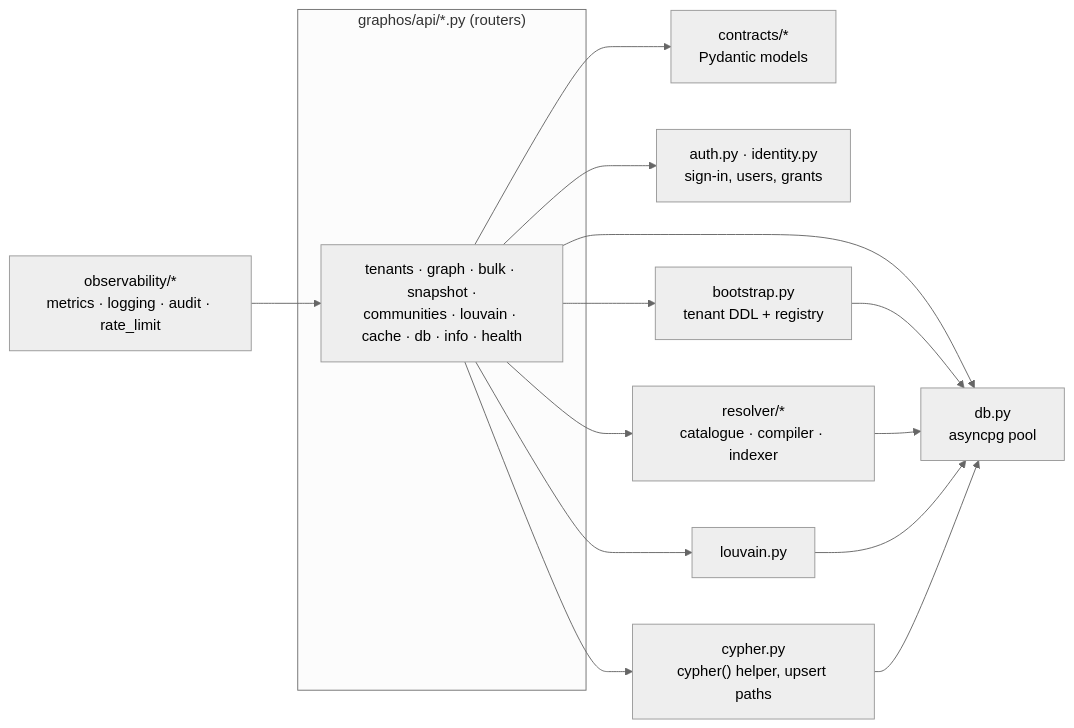
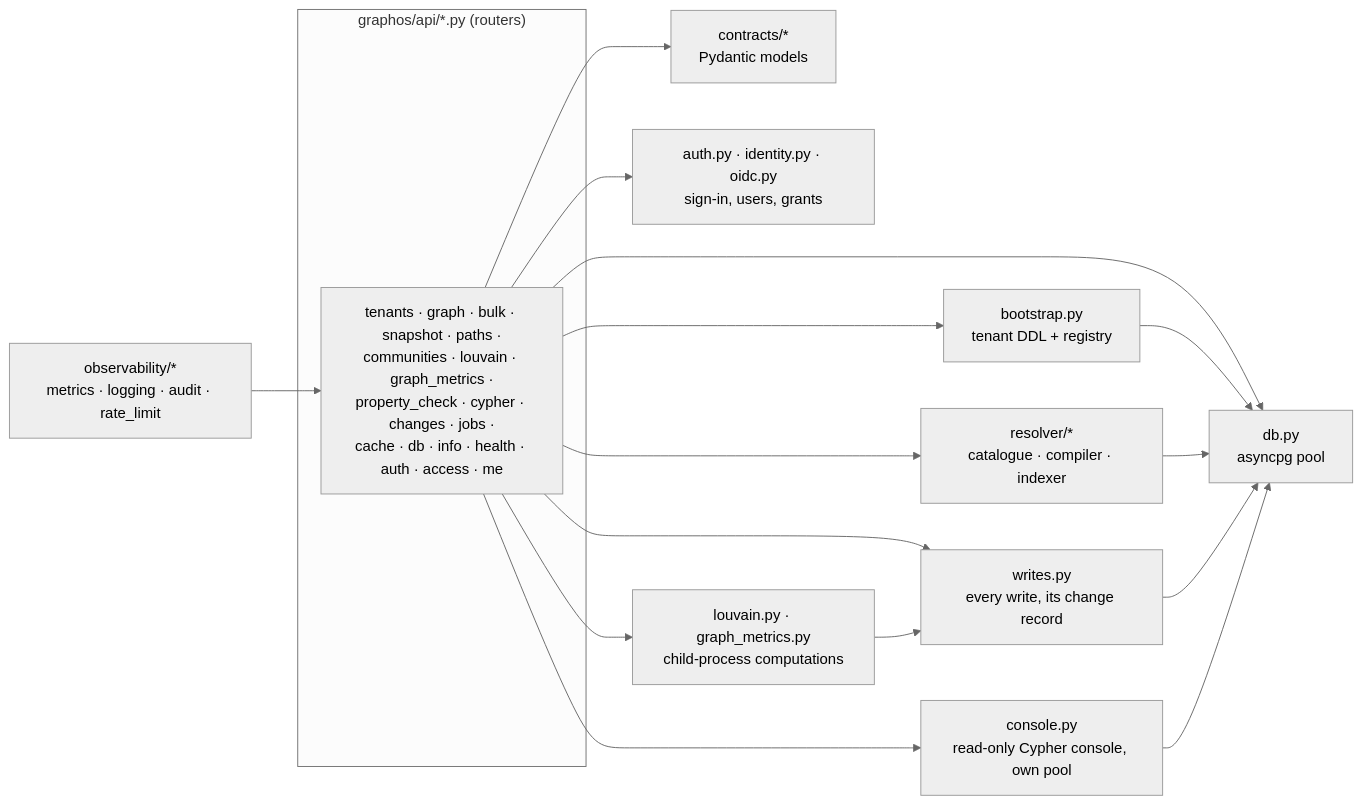
One commit to pomentum/graphos changed the second of 3 diagrams in docs/concept.md. Above: the diagram before and after it, drawn with Mermaid (neutral theme). The commit also changed other lines of this file and 16 other files, not shown here.

````diff
--- a/docs/concept.md
+++ b/docs/concept.md
@@ -897,27 +978,30 @@
 ```mermaid
 flowchart LR
     subgraph api["graphos/api/*.py (routers)"]
-        R["tenants · graph · bulk · snapshot ·<br/>communities · louvain · cache · db · info · health"]
+        R["tenants · graph · bulk · snapshot · paths ·<br/>communities · louvain · graph_metrics ·<br/>property_check · cypher · changes · jobs ·<br/>cache · db · info · health · auth · access · me"]
     end
     CON["contracts/*<br/>Pydantic models"]
-    AUTH["auth.py · identity.py<br/>sign-in, users, grants"]
+    AUTH["auth.py · identity.py · oidc.py<br/>sign-in, users, grants"]
     OBS["observability/*<br/>metrics · logging · audit · rate_limit"]
     BOOT["bootstrap.py<br/>tenant DDL + registry"]
     RES["resolver/*<br/>catalogue · compiler · indexer"]
-    LV["louvain.py"]
-    CY["cypher.py<br/>cypher() helper, upsert paths"]
+    LV["louvain.py · graph_metrics.py<br/>child-process computations"]
+    WR["writes.py<br/>every write, its change record"]
+    CO["console.py<br/>read-only Cypher console, own pool"]
     DB["db.py<br/>asyncpg pool"]
 
     OBS --> R
     R --> CON
     R --> AUTH
     R --> BOOT
     R --> RES
     R --> LV
-    R --> CY
+    R --> WR
+    R --> CO
     R --> DB
     BOOT --> DB
     RES --> DB
-    LV --> DB
-    CY --> DB
+    LV --> WR
+    WR --> DB
+    CO --> DB
 ```
````
